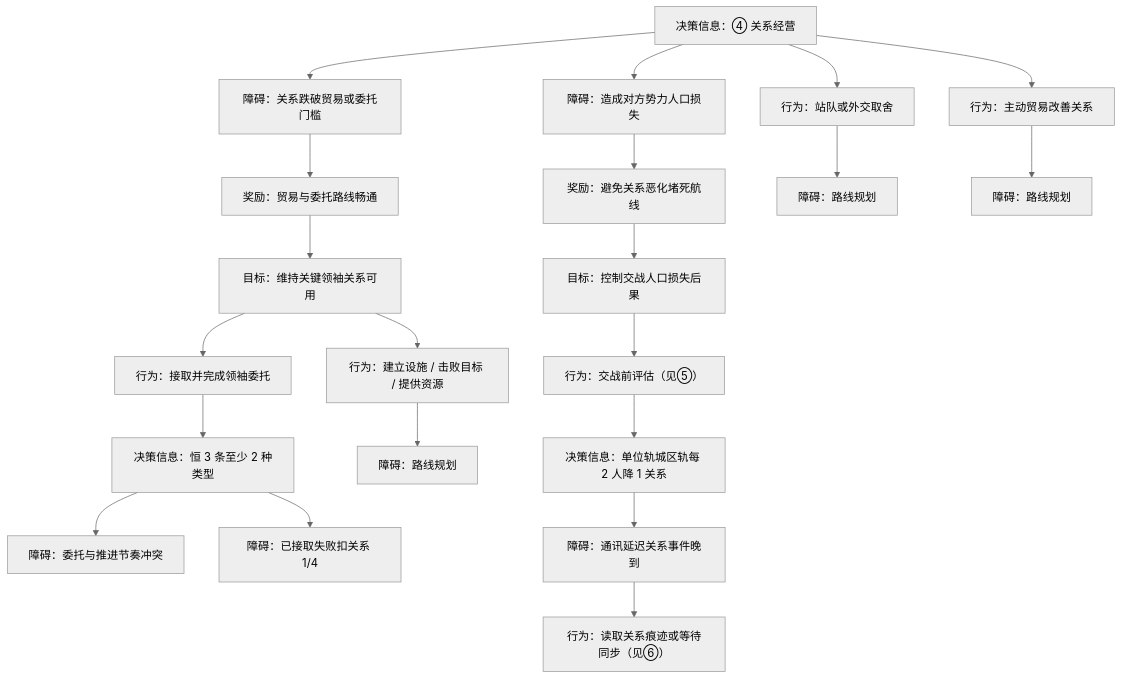
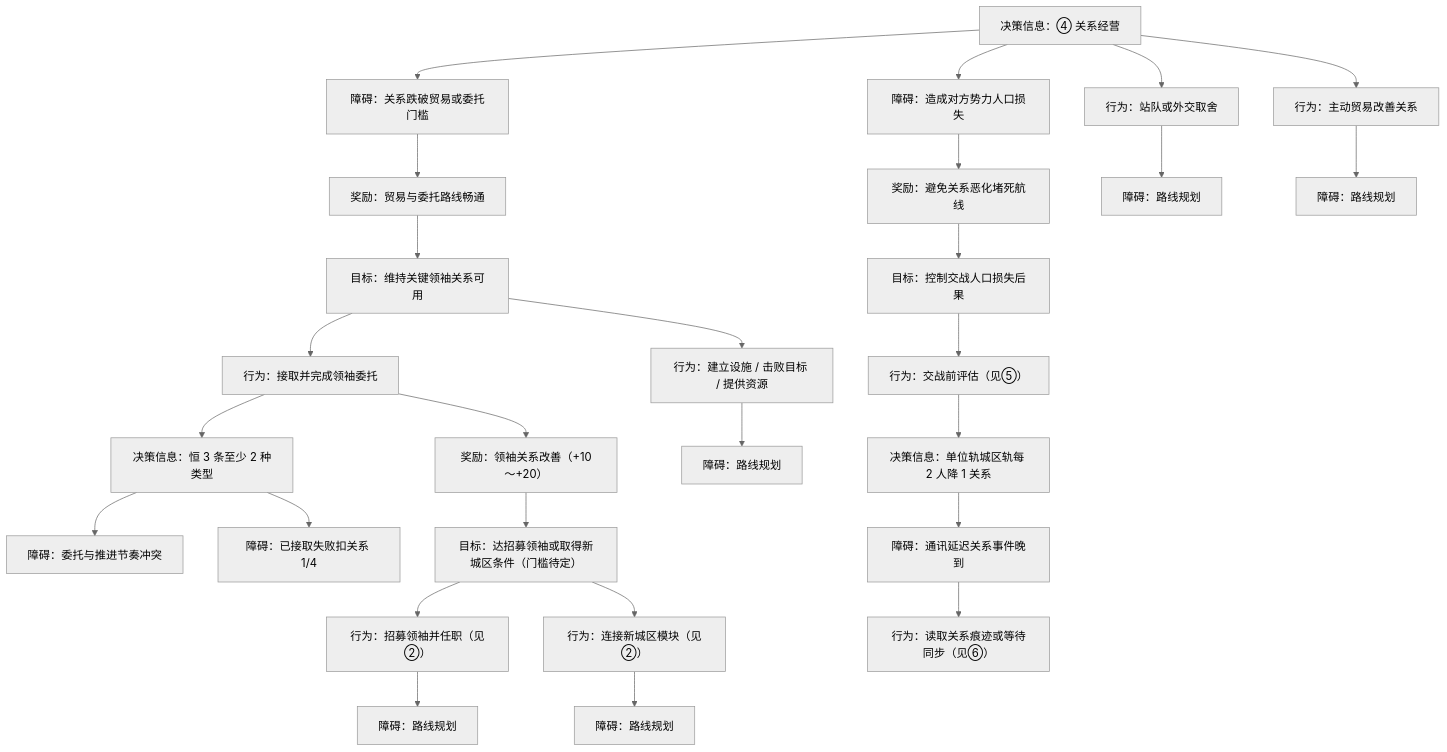
The sixth of 8 diagrams in Docs/01-草稿/交互链-循光之城.md (Estrella6066773/DriveToLight), drawn with Mermaid (neutral theme) before and after one commit. The commit also changed other lines of this file and 5 other files, not shown here.

````diff
--- a/Docs/01-草稿/交互链-循光之城.md
+++ b/Docs/01-草稿/交互链-循光之城.md
@@ -525,24 +540,30 @@
 ```mermaid
 flowchart TD
   D4["决策信息：④ 关系经营"]
   D4 --> O4a["障碍：关系跌破贸易或委托门槛"]
   O4a --> R4a["奖励：贸易与委托路线畅通"]
   R4a --> G4a["目标：维持关键领袖关系可用"]
   G4a --> A4a["行为：接取并完成领袖委托"]
   A4a --> D4a1["决策信息：恒 3 条至少 2 种类型"]
   D4a1 --> O4a1["障碍：委托与推进节奏冲突"]
   D4a1 --> O4a2["障碍：已接取失败扣关系 1/4"]
+  A4a --> R4a2["奖励：领袖关系改善（+10～+20）"]
+  R4a2 --> G4a2["目标：达招募领袖或取得新城区条件（门槛待定）"]
+  G4a2 --> A4a3["行为：招募领袖并任职（见②）"]
+  G4a2 --> A4a4["行为：连接新城区模块（见②）"]
+  A4a3 --> O_rp4a3["障碍：路线规划"]
+  A4a4 --> O_rp4a4["障碍：路线规划"]
   G4a --> A4a2["行为：建立设施 / 击败目标 / 提供资源"]
   A4a2 --> O_rp4a["障碍：路线规划"]
   D4 --> O4b["障碍：造成对方势力人口损失"]
   O4b --> R4b["奖励：避免关系恶化堵死航线"]
   R4b --> G4b["目标：控制交战人口损失后果"]
   G4b --> A4b["行为：交战前评估（见⑤）"]
   A4b --> D4b["决策信息：单位轨城区轨每 2 人降 1 关系"]
   D4b --> O4b1["障碍：通讯延迟关系事件晚到"]
   O4b1 --> A4b1["行为：读取关系痕迹或等待同步（见⑥）"]
   D4 --> A4c["行为：站队或外交取舍"]
   A4c --> O_rp4c["障碍：路线规划"]
   D4 --> A4d["行为：主动贸易改善关系"]
   A4d --> O_rp4d["障碍：路线规划"]
 ```
````
